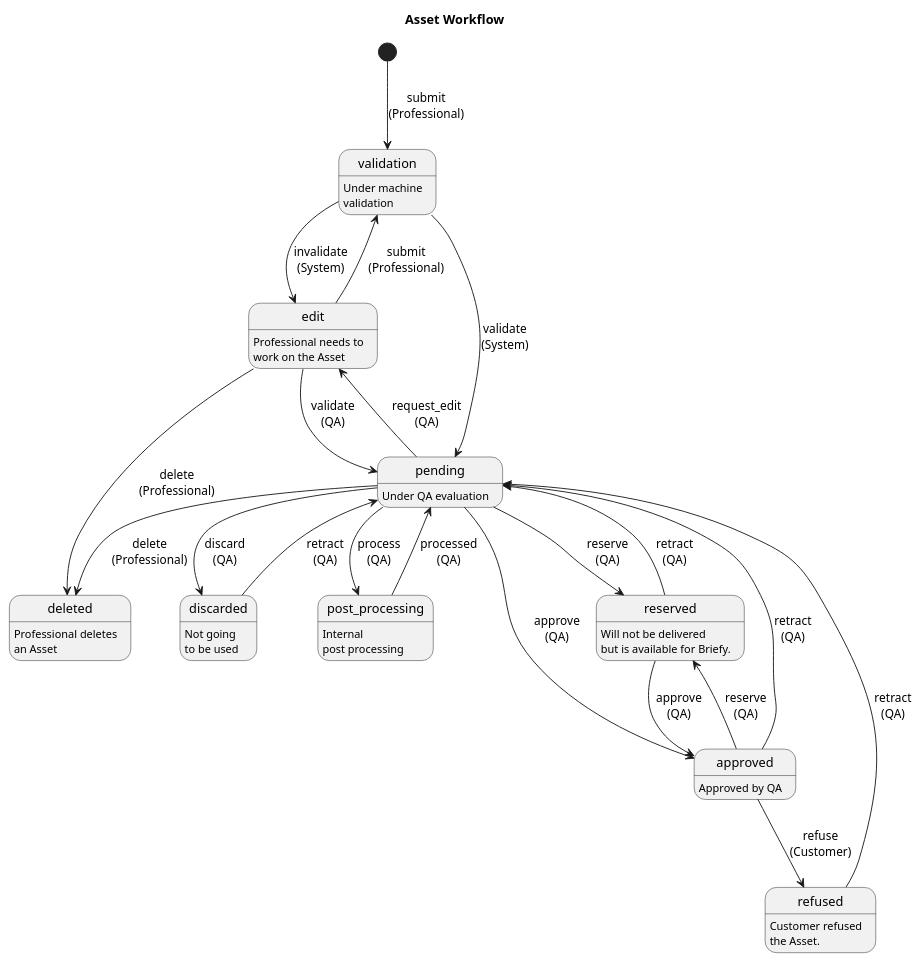
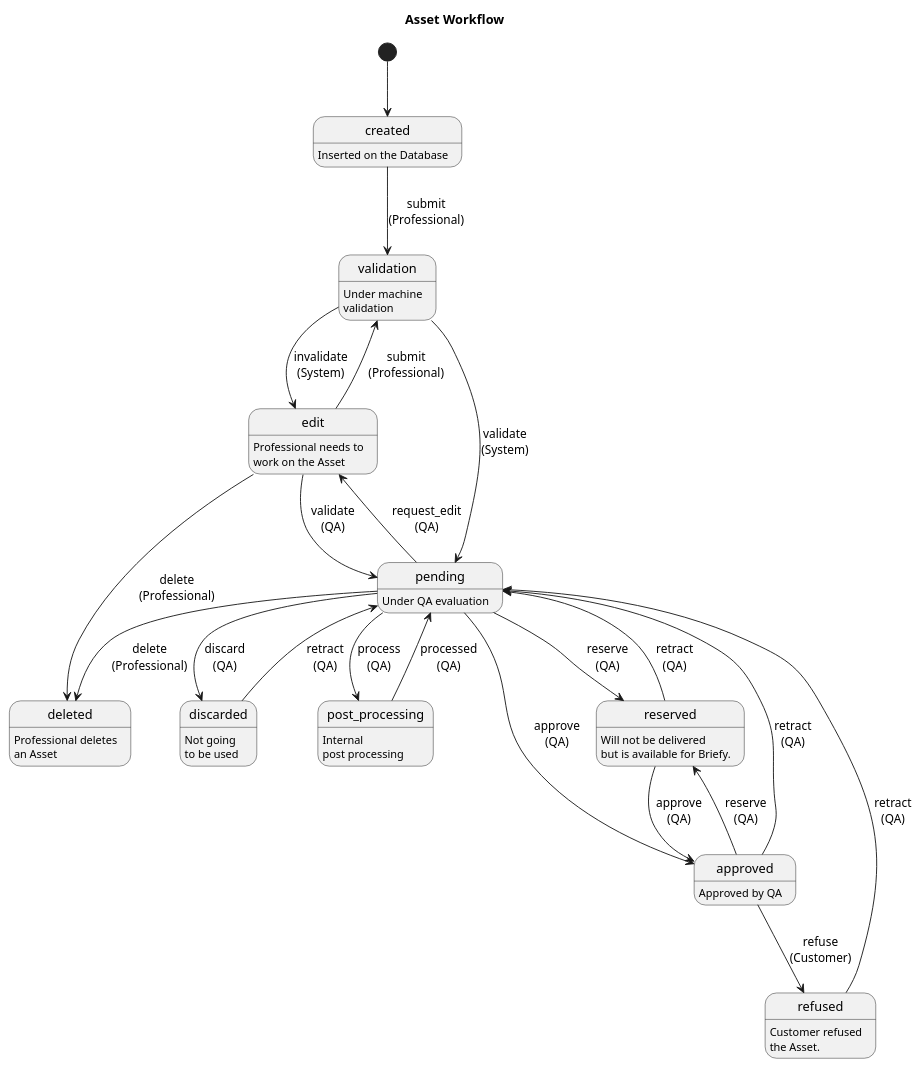
Before and after one commit to BriefyHQ/briefy.leica: the diagram in docs/objects/asset.rst, drawn with PlantUML. The commit also changed other lines of this file and 8 other files, not shown here.

```diff
--- a/docs/objects/asset.rst
+++ b/docs/objects/asset.rst
@@ -7,38 +141,40 @@
 .. uml::
 
     @startuml
 
     title Asset Workflow
 
+    state created: Inserted on the Database
     state validation: Under machine\nvalidation
     state edit: Professional needs to\nwork on the Asset
     state deleted: Professional deletes\nan Asset
     state pending: Under QA evaluation
     state discarded: Not going\nto be used
     state post_processing: Internal\npost processing
     state approved: Approved by QA
     state reserved: Will not be delivered\nbut is available for Briefy.
     state refused: Customer refused\nthe Asset.
 
-    [*] --> validation : submit\n(Professional)
+    [*] --> created
+    created --> validation : submit\n(Professional)
     validation --> edit : invalidate\n(System)
     validation --> pending : validate\n(System)
     edit --> pending : validate\n(QA)
     edit --> deleted : delete\n(Professional)
     edit --> validation : submit\n(Professional)
     pending --> deleted : delete\n(Professional)
     pending --> discarded : discard\n(QA)
     discarded --> pending : retract\n(QA)
     approved --> refused : refuse\n(Customer)
     pending --> post_processing : process\n(QA)
     post_processing --> pending : processed\n(QA)
     pending --> reserved : reserve\n(QA)
     approved --> reserved : reserve\n(QA)
     pending --> edit: request_edit\n(QA)
     pending --> approved: approve\n(QA)
     reserved --> approved: approve\n(QA)
     approved --> pending : retract\n(QA)
     reserved --> pending : retract\n(QA)
     refused --> pending : retract\n(QA)
 
     @enduml
```
